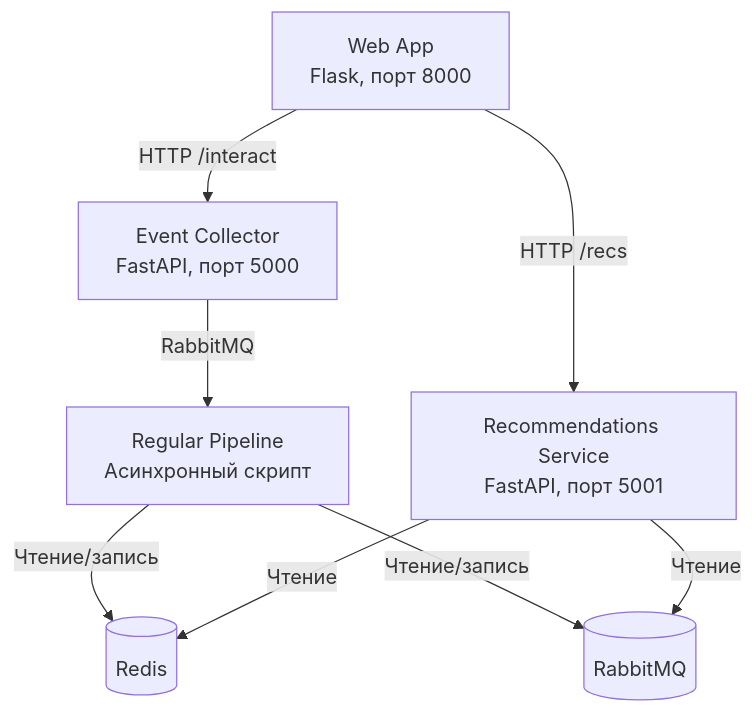
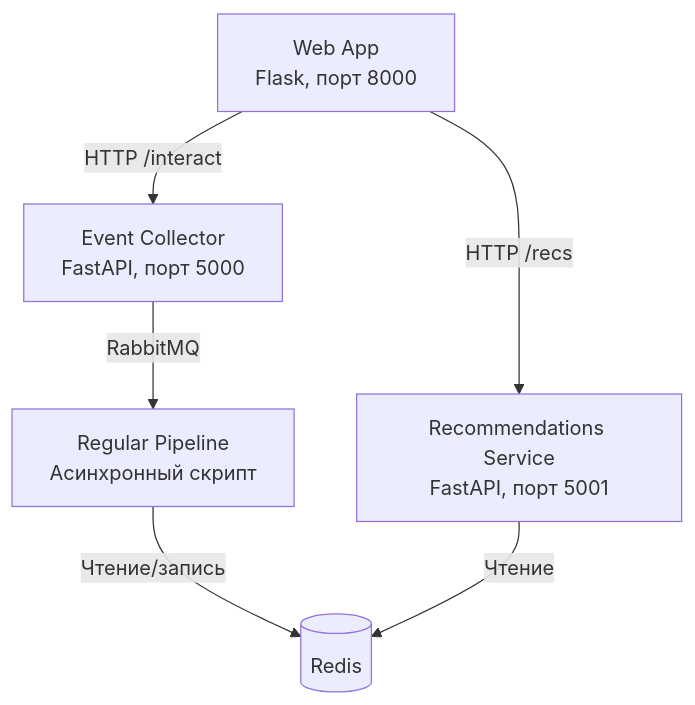
The diagram in README.md (marijanbjc/RecSys), drawn with Mermaid before and after one commit.

````diff
--- a/README.md
+++ b/README.md
@@ -9,10 +9,8 @@
 ```mermaid
 graph TD
     A[Web App<br/>Flask, порт 8000] -->|HTTP /recs| B[Recommendations Service<br/>FastAPI, порт 5001]
     A -->|HTTP /interact| C[Event Collector<br/>FastAPI, порт 5000]
     C -->|RabbitMQ| D[Regular Pipeline<br/>Асинхронный скрипт]
     D -->|Чтение/запись| E[(Redis)]
-    D -->|Чтение/запись| F[(RabbitMQ)]
     B -->|Чтение| E
-    B -->|Чтение| F
 ```
````
